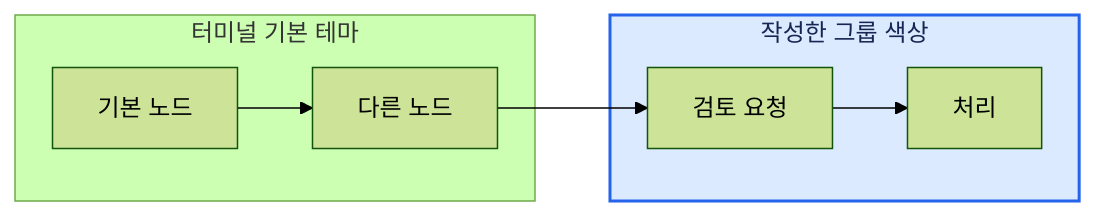
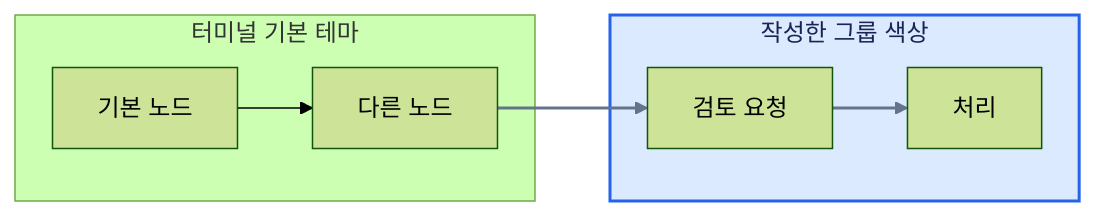
One commit to jeong-sik/masc changed the second of 7 diagrams in tools/pele/examples/color-and-themes.md. Above: the diagram before and after it, drawn with Mermaid (forest theme). The commit also changed 1 other file, not shown here.

Commit message:
fix(tui): keep group tint distinct after SVG opacity

````diff
--- a/tools/pele/examples/color-and-themes.md
+++ b/tools/pele/examples/color-and-themes.md
@@ -25,11 +25,12 @@
 ```mermaid
 flowchart LR
  subgraph plain[터미널 기본 테마]
   E[기본 노드] --> F[다른 노드]
  end
  subgraph custom[작성한 그룹 색상]
   G[검토 요청] --> H[처리]
  end
  F --> G
  style custom fill:#dbeafe,fill-opacity:1,stroke:#2563eb,color:#172554,stroke-width:2px
+ linkStyle 1,2 stroke:#64748b,stroke-width:2px
 ```
````
